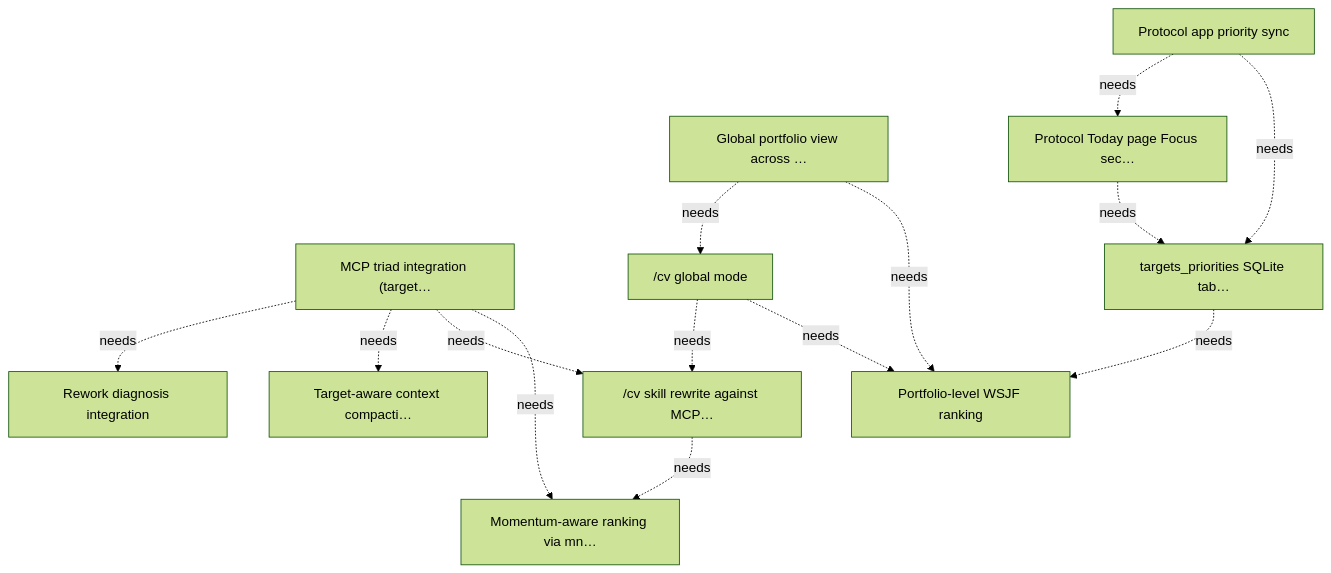
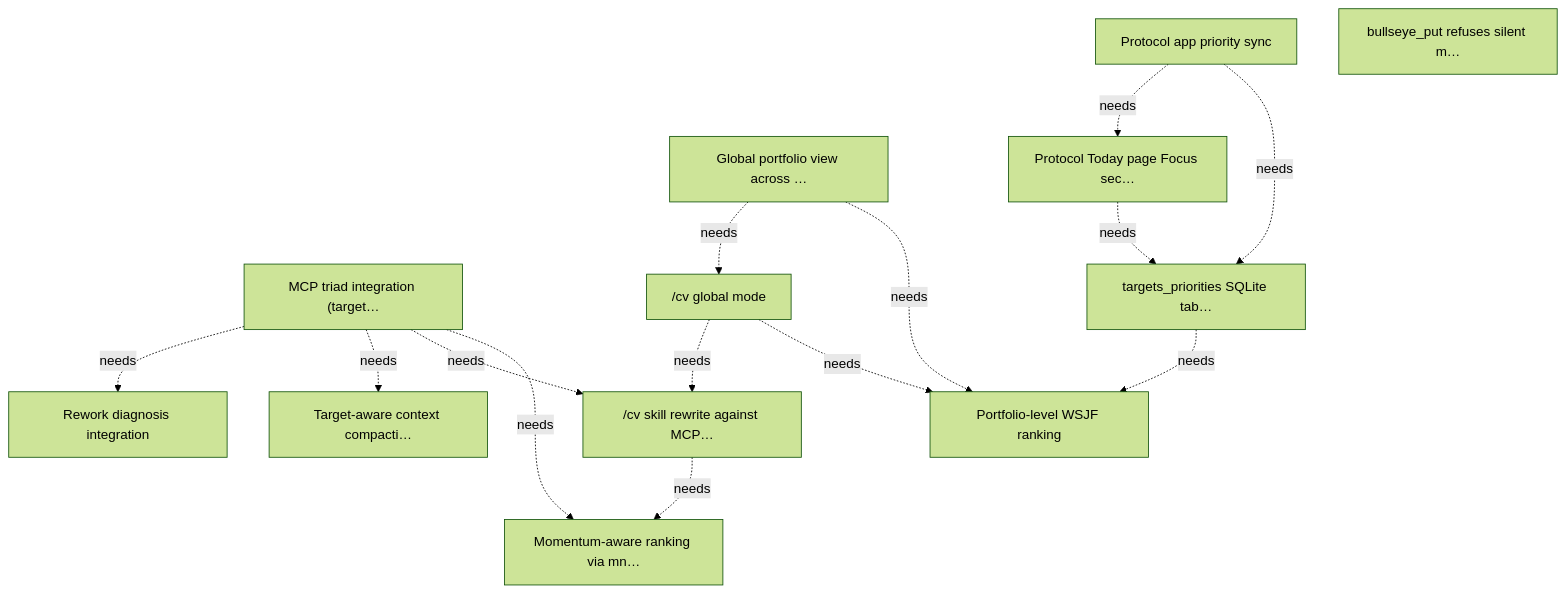
The diagram in docs/targets.md (marcelocantos/bullseye), drawn with Mermaid (forest theme) before and after one commit. The commit also changed other lines of this file and 1 other file, not shown here.

First line of the commit message:
Add 🎯T8 bullseye_put refuses silent mutation of achieved targets

````diff
--- a/docs/targets.md
+++ b/docs/targets.md
@@ -392,27 +406,28 @@
 ```mermaid
 graph TD
     T1["MCP triad integration (target…"]
     T1_2["Momentum-aware ranking via mn…"]
     T1_3["/cv skill rewrite against MCP…"]
     T1_4["Target-aware context compacti…"]
     T1_5["Rework diagnosis integration"]
     T2["Global portfolio view across …"]
     T2_3["Portfolio-level WSJF ranking"]
     T2_4["/cv global mode"]
     T3["Protocol app priority sync"]
     T3_1["targets_priorities SQLite tab…"]
     T3_2["Protocol Today page Focus sec…"]
+    T8["bullseye_put refuses silent m…"]
     T1 -.->|needs| T1_2
     T1 -.->|needs| T1_3
     T1 -.->|needs| T1_4
     T1 -.->|needs| T1_5
     T1_3 -.->|needs| T1_2
     T2 -.->|needs| T2_3
     T2 -.->|needs| T2_4
     T2_4 -.->|needs| T2_3
     T2_4 -.->|needs| T1_3
     T3 -.->|needs| T3_1
     T3 -.->|needs| T3_2
     T3_1 -.->|needs| T2_3
     T3_2 -.->|needs| T3_1
 ```
````
